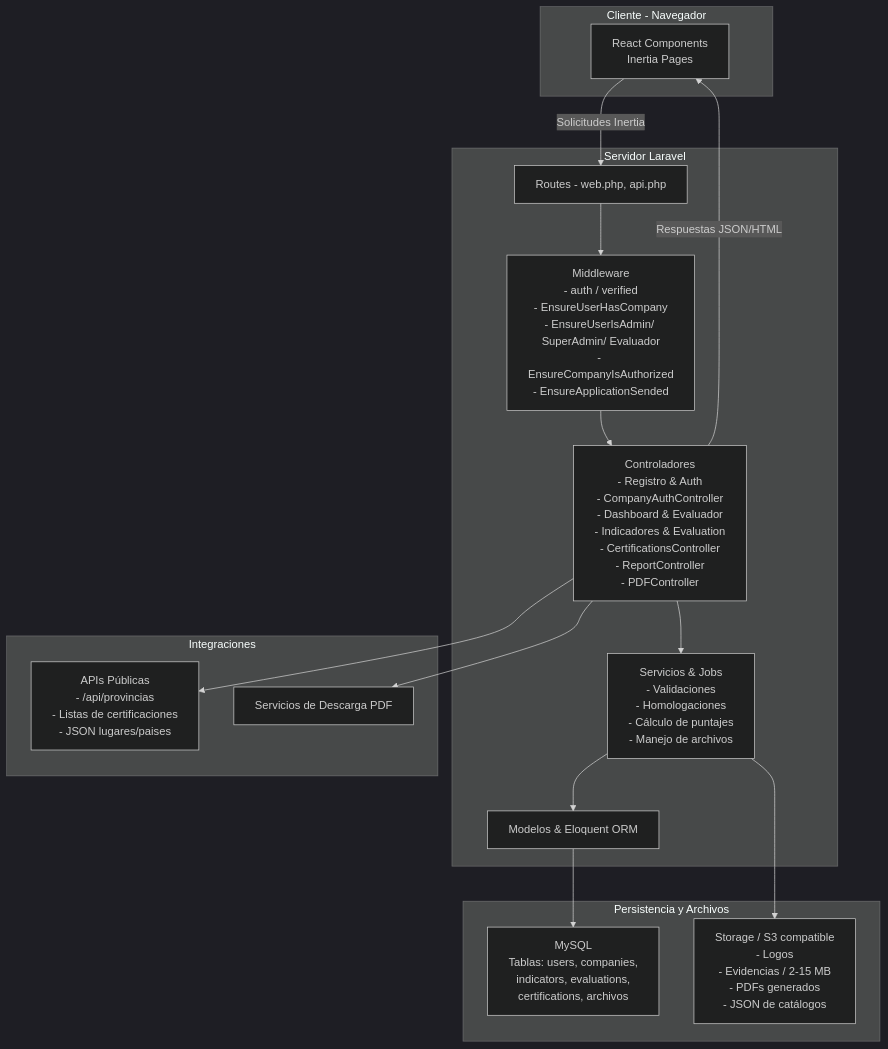
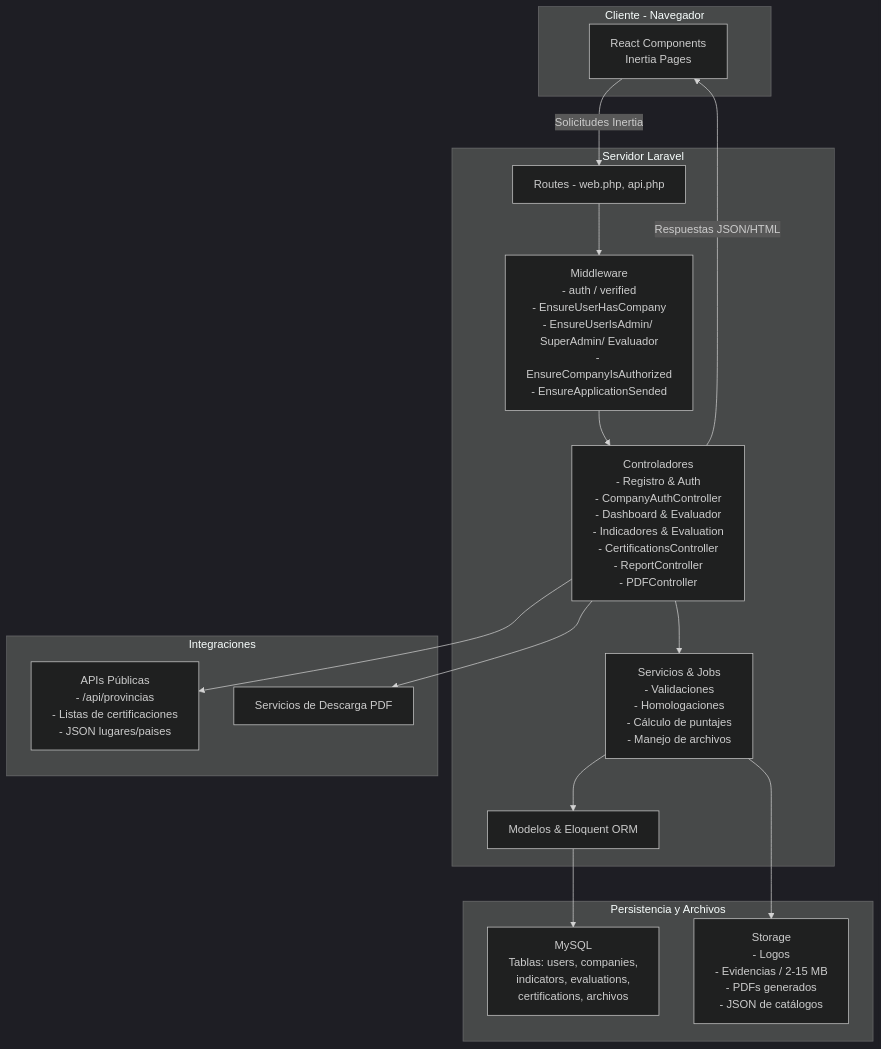
One commit to MauricioTeruel98/escr-licenciamiento changed the diagram in diagrama_infraestructura.md. Above: the diagram before and after it, drawn with Mermaid (dark theme). The commit also changed 1 other file, not shown here.

````diff
--- a/diagrama_infraestructura.md
+++ b/diagrama_infraestructura.md
@@ -12,57 +12,57 @@
 ```mermaid
 graph TD
     subgraph Cliente - Navegador
         A[React Components<br/>Inertia Pages]
     end
 
     subgraph Servidor Laravel
         B[Routes - web.php, api.php]
         C[Middleware
 - auth / verified
 - EnsureUserHasCompany
 - EnsureUserIsAdmin/ SuperAdmin/ Evaluador
 - EnsureCompanyIsAuthorized
 - EnsureApplicationSended]
         D[Controladores
 - Registro & Auth
 - CompanyAuthController
 - Dashboard & Evaluador
 - Indicadores & Evaluation
 - CertificationsController
 - ReportController
 - PDFController]
         E[Servicios & Jobs
 - Validaciones
 - Homologaciones
 - Cálculo de puntajes
 - Manejo de archivos]
         F[Modelos & Eloquent ORM]
     end
 
     subgraph Persistencia y Archivos
         G[MySQL
 Tablas: users, companies,
 indicators, evaluations,
 certifications, archivos]
-        H[Storage / S3 compatible
+        H[Storage
 - Logos
 - Evidencias / 2-15 MB
 - PDFs generados
 - JSON de catálogos]
     end
 
     subgraph Integraciones
         I[APIs Públicas
 - /api/provincias
 - Listas de certificaciones
 - JSON lugares/paises]
         J[Servicios de Descarga PDF]
     end
 
     A -->|Solicitudes Inertia| B
     B --> C --> D --> E --> F --> G
     E --> H
     D -->|Respuestas JSON/HTML| A
     D --> J
     D --> I
 ```
````
